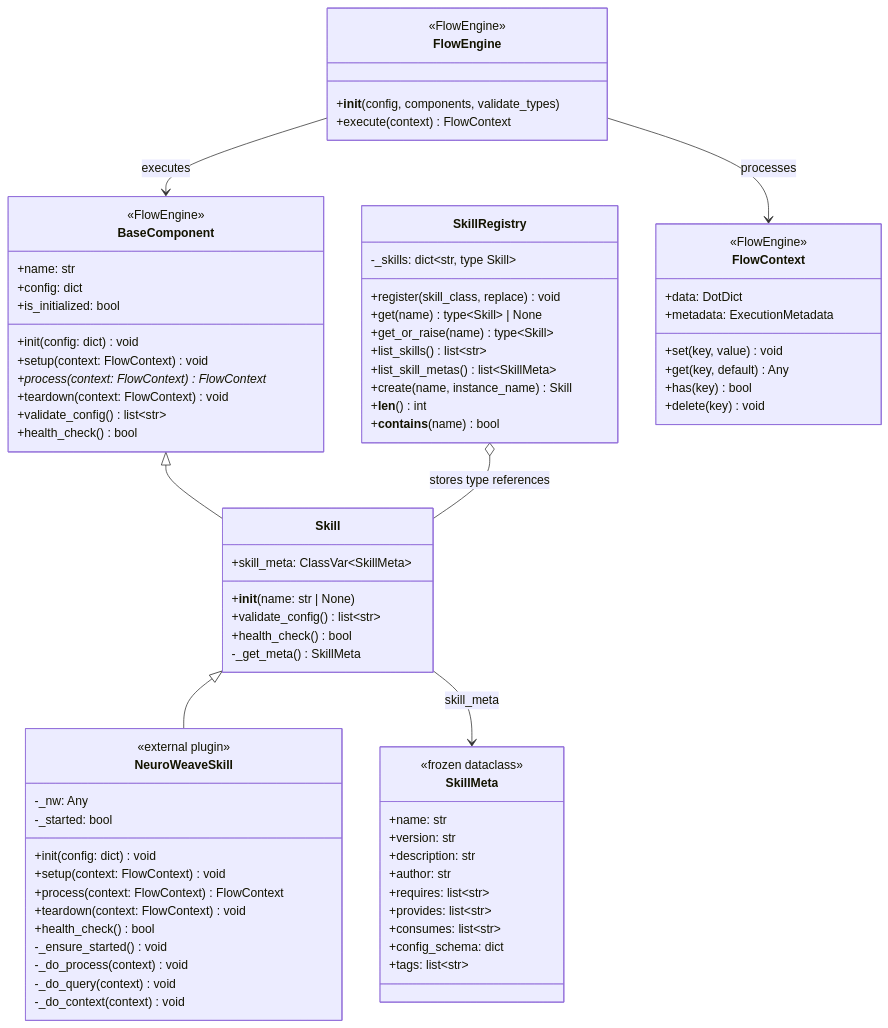
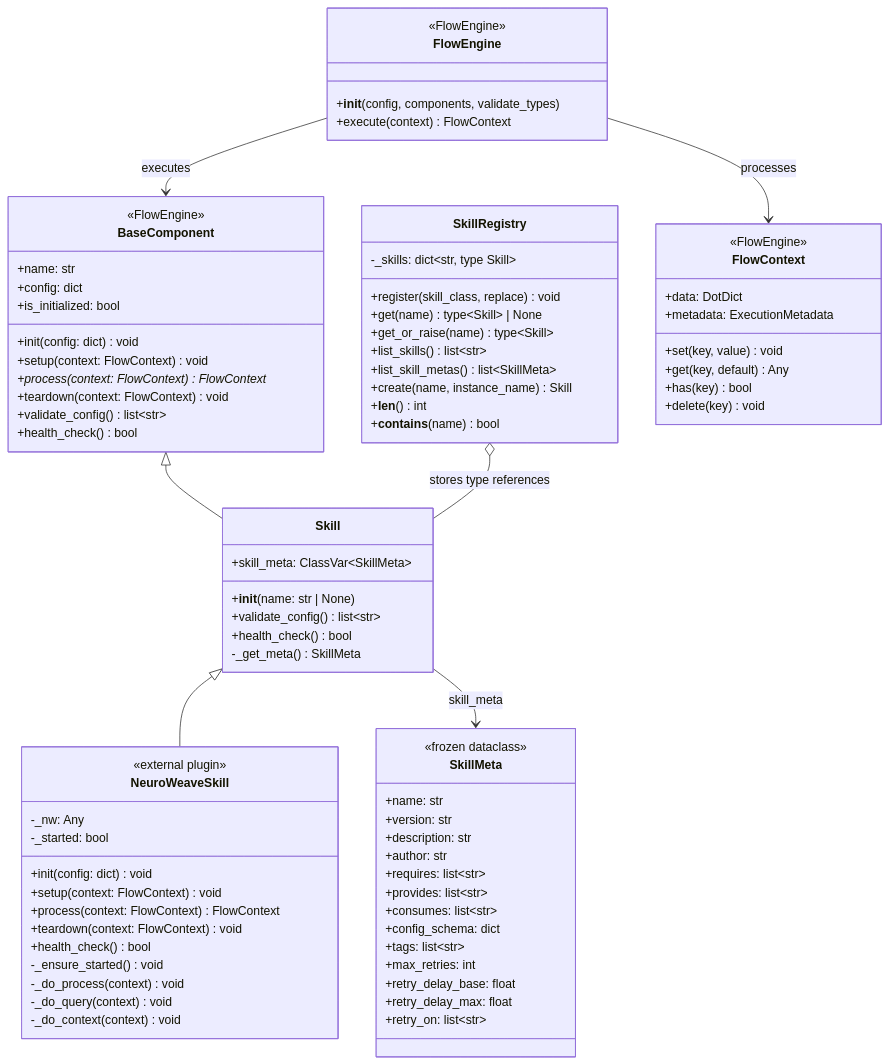
The fourth of 15 diagrams in ARCHITECTURE.md (alexh-scrt/neurocore), drawn with Mermaid before and after one commit. The commit also changed other lines of this file and 37 other files, not shown here.

```diff
--- a/ARCHITECTURE.md
+++ b/ARCHITECTURE.md
@@ -275,6 +275,10 @@
         +consumes: list~str~
         +config_schema: dict
         +tags: list~str~
+        +max_retries: int
+        +retry_delay_base: float
+        +retry_delay_max: float
+        +retry_on: list~str~
     }
 
     class SkillRegistry {
```
